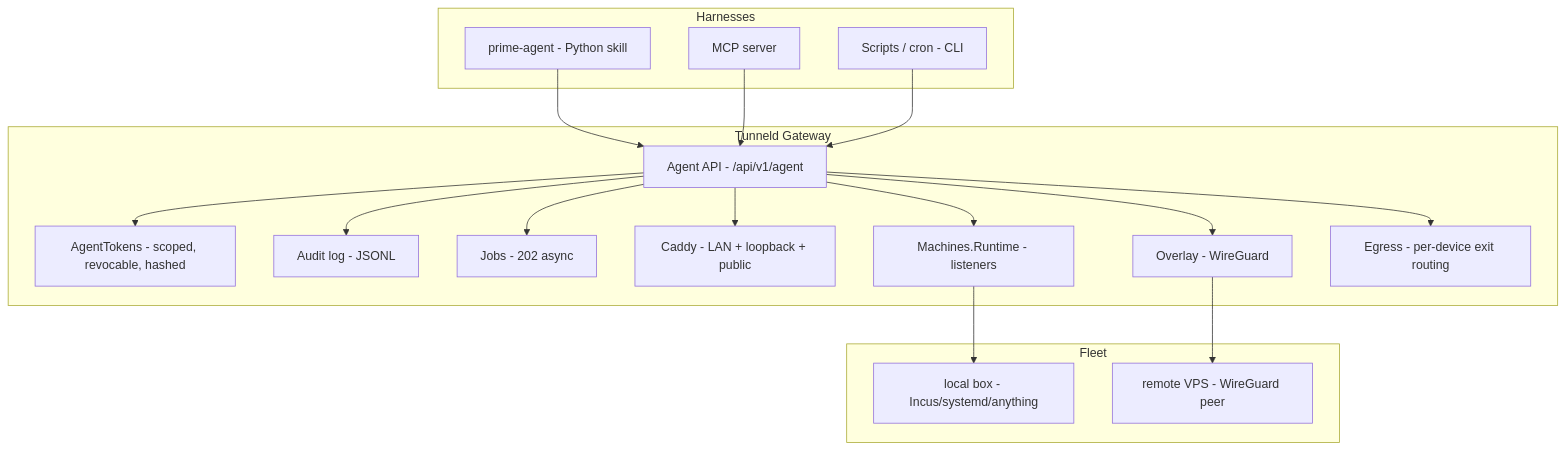
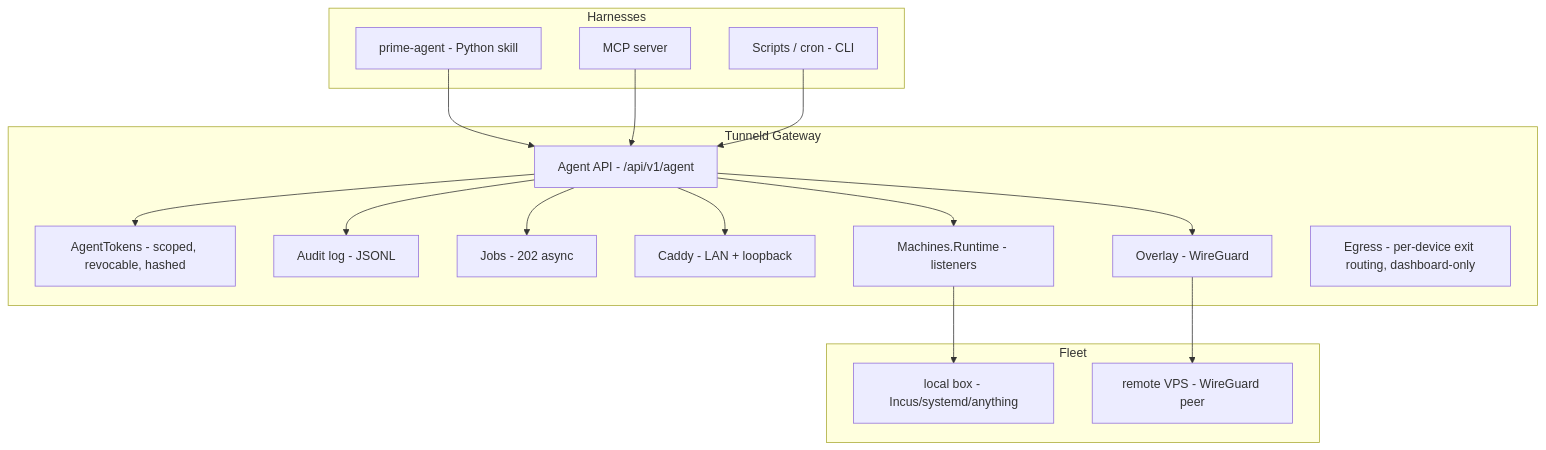
One commit to toreanjoel/tunneld changed the diagram in docs/agent-control-plane.md. Above: the diagram before and after it, drawn with Mermaid. The commit also changed other lines of this file and 48 other files, not shown here.

````diff
--- a/docs/agent-control-plane.md
+++ b/docs/agent-control-plane.md
@@ -25,37 +25,36 @@
 ```mermaid
 graph TB
     subgraph Harnesses
         PA[prime-agent - Python skill]
         MC[MCP server]
         SH[Scripts / cron - CLI]
     end
 
     subgraph Tunneld Gateway
         API[Agent API - /api/v1/agent]
         TOK[AgentTokens - scoped, revocable, hashed]
         AUD[Audit log - JSONL]
         JOBS[Jobs - 202 async]
-        CADDY[Caddy - LAN + loopback + public]
+        CADDY[Caddy - LAN + loopback]
         RUNTIME[Machines.Runtime - listeners]
         OVERLAY[Overlay - WireGuard]
-        EGR[Egress - per-device exit routing]
+        EGR[Egress - per-device exit routing, dashboard-only]
     end
 
     subgraph Fleet
         M1[local box - Incus/systemd/anything]
         M2[remote VPS - WireGuard peer]
     end
 
     PA --> API
     MC --> API
     SH --> API
     API --> TOK
     API --> AUD
     API --> JOBS
     API --> RUNTIME
     API --> CADDY
     API --> OVERLAY
-    API --> EGR
     RUNTIME --> M1
     OVERLAY --> M2
 ```
````
